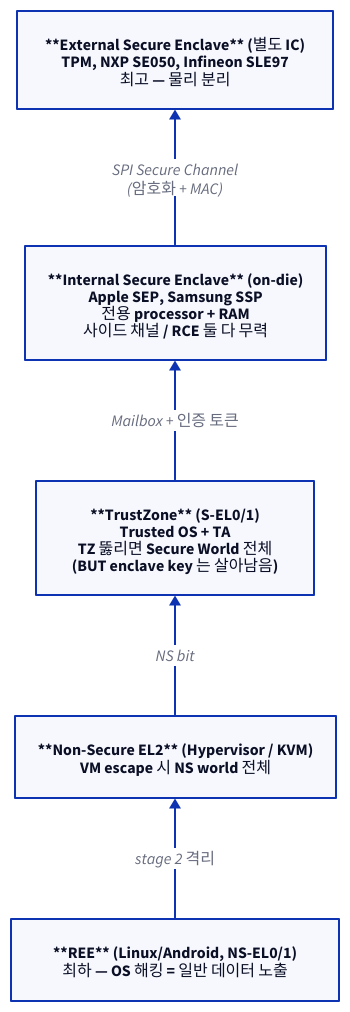
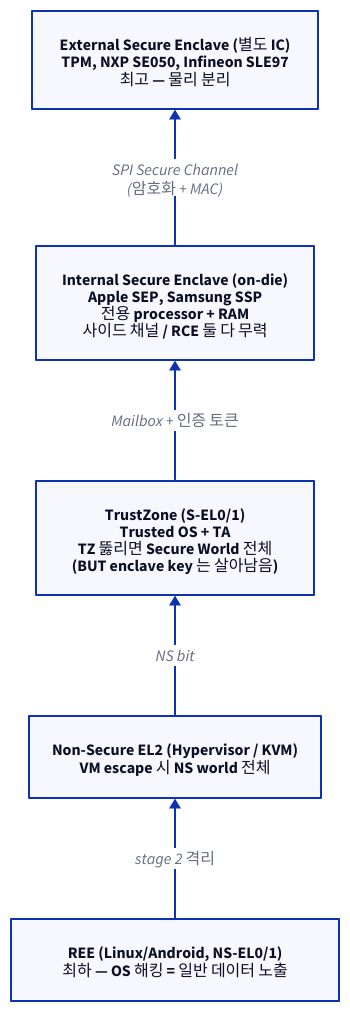
The first of 7 diagrams in starlight_site/src/content/docs/arm_security/02a_secure_enclave_and_tee_hierarchy.md (humbleowl39/DV_SKOOL), drawn with D2 before and after one commit. The commit also changed other lines of this file and 714 other files, not shown here.

First line of the commit message:
fix(site): d2 다이어그램 가독성 결함 6종 일괄 수정

````diff
--- a/starlight_site/src/content/docs/arm_security/02a_secure_enclave_and_tee_hierarchy.md
+++ b/starlight_site/src/content/docs/arm_security/02a_secure_enclave_and_tee_hierarchy.md
@@ -68,13 +68,13 @@
 ```d2
 direction: up
 
-REE: "**REE** (Linux/Android, NS-EL0/1)\n최하 — OS 해킹 = 일반 데이터 노출"
-NSEL2: "**Non-Secure EL2** (Hypervisor / KVM)\nVM escape 시 NS world 전체"
-TZ: "**TrustZone** (S-EL0/1)\nTrusted OS + TA\nTZ 뚫리면 Secure World 전체\n(BUT enclave key 는 살아남음)"
-INT: "**Internal Secure Enclave** (on-die)\nApple SEP, Samsung SSP\n전용 processor + RAM\n사이드 채널 / RCE 둘 다 무력"
-EXT: "**External Secure Enclave** (별도 IC)\nTPM, NXP SE050, Infineon SLE97\n최고 — 물리 분리"
+REE: "REE (Linux/Android, NS-EL0/1)\n최하 — OS 해킹 = 일반 데이터 노출"
+NSEL2: "Non-Secure EL2 (Hypervisor / KVM)\nVM escape 시 NS world 전체"
+TZ: "TrustZone (S-EL0/1)\nTrusted OS + TA\nTZ 뚫리면 Secure World 전체\n(BUT enclave key 는 살아남음)"
+INT: "Internal Secure Enclave (on-die)\nApple SEP, Samsung SSP\n전용 processor + RAM\n사이드 채널 / RCE 둘 다 무력"
+EXT: "External Secure Enclave (별도 IC)\nTPM, NXP SE050, Infineon SLE97\n최고 — 물리 분리"
 REE -> NSEL2: "stage 2 격리"
 NSEL2 -> TZ: "NS bit"
 TZ -> INT: "Mailbox + 인증 토큰"
 INT -> EXT: "SPI Secure Channel\n(암호화 + MAC)"
 ```
````
